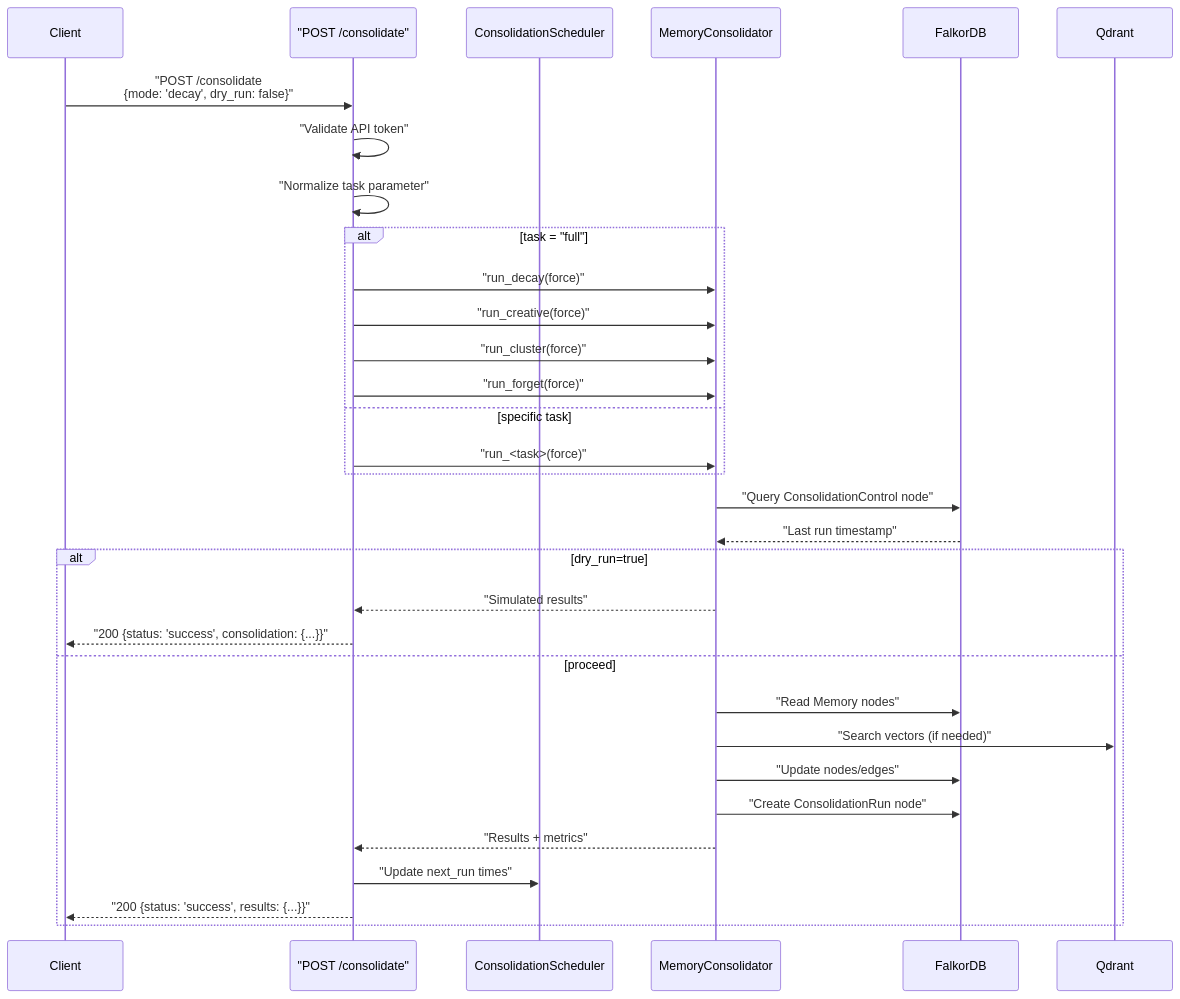
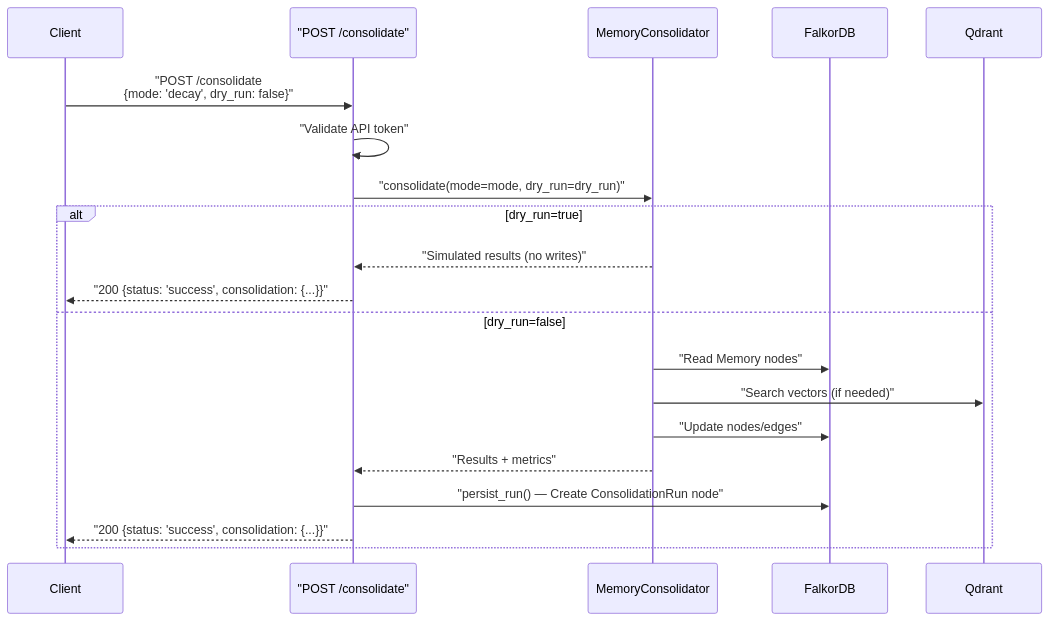
The second of 2 diagrams in src/content/docs/docs/reference/api/consolidation.md (verygoodplugins/automem-website), drawn with Mermaid before and after one commit.

Commit message:
docs: fix drift in Consolidation Operations
Three errors in the POST /consolidate sequence diagram:

1. Diagram showed the API calling run_decay(force), run_creative(force),
   run_cluster(force), run_forget(force) as separate methods. Actual code
   calls consolidator.consolidate(mode=mode, dry_run=dry_run) — a single
   dispatch; individual run_* methods are internal and not called from
   the API layer.

2. Diagram showed API->>Scheduler "Update next_run times" in the non-dry_run
   path. No such call exists; the API only calls persist_run(graph, results)
   after consolidate() returns.

3. Non-dry_run path response key was "results" — actual jsonify() call
   uses "consolidation" in both paths.

Verified against automem@ed36b98e3e1569dde71aa430417b6549520f7068

````diff
--- a/src/content/docs/docs/reference/api/consolidation.md
+++ b/src/content/docs/docs/reference/api/consolidation.md
@@ -93,38 +93,25 @@
 ```mermaid
 sequenceDiagram
     participant Client
     participant API as "POST /consolidate"
-    participant Scheduler as ConsolidationScheduler
     participant Consolidator as MemoryConsolidator
     participant FalkorDB
     participant Qdrant
 
     Client->>API: "POST /consolidate<br/>{mode: 'decay', dry_run: false}"
     API->>API: "Validate API token"
-    API->>API: "Normalize task parameter"
 
-    alt task = "full"
-        API->>Consolidator: "run_decay(force)"
-        API->>Consolidator: "run_creative(force)"
-        API->>Consolidator: "run_cluster(force)"
-        API->>Consolidator: "run_forget(force)"
-    else specific task
-        API->>Consolidator: "run_<task>(force)"
-    end
-
-    Consolidator->>FalkorDB: "Query ConsolidationControl node"
-    FalkorDB-->>Consolidator: "Last run timestamp"
+    API->>Consolidator: "consolidate(mode=mode, dry_run=dry_run)"
 
     alt dry_run=true
-        Consolidator-->>API: "Simulated results"
+        Consolidator-->>API: "Simulated results (no writes)"
         API-->>Client: "200 {status: 'success', consolidation: {...}}"
-    else proceed
+    else dry_run=false
         Consolidator->>FalkorDB: "Read Memory nodes"
         Consolidator->>Qdrant: "Search vectors (if needed)"
         Consolidator->>FalkorDB: "Update nodes/edges"
-        Consolidator->>FalkorDB: "Create ConsolidationRun node"
         Consolidator-->>API: "Results + metrics"
-        API->>Scheduler: "Update next_run times"
-        API-->>Client: "200 {status: 'success', results: {...}}"
+        API->>FalkorDB: "persist_run() — Create ConsolidationRun node"
+        API-->>Client: "200 {status: 'success', consolidation: {...}}"
     end
 ```
````
